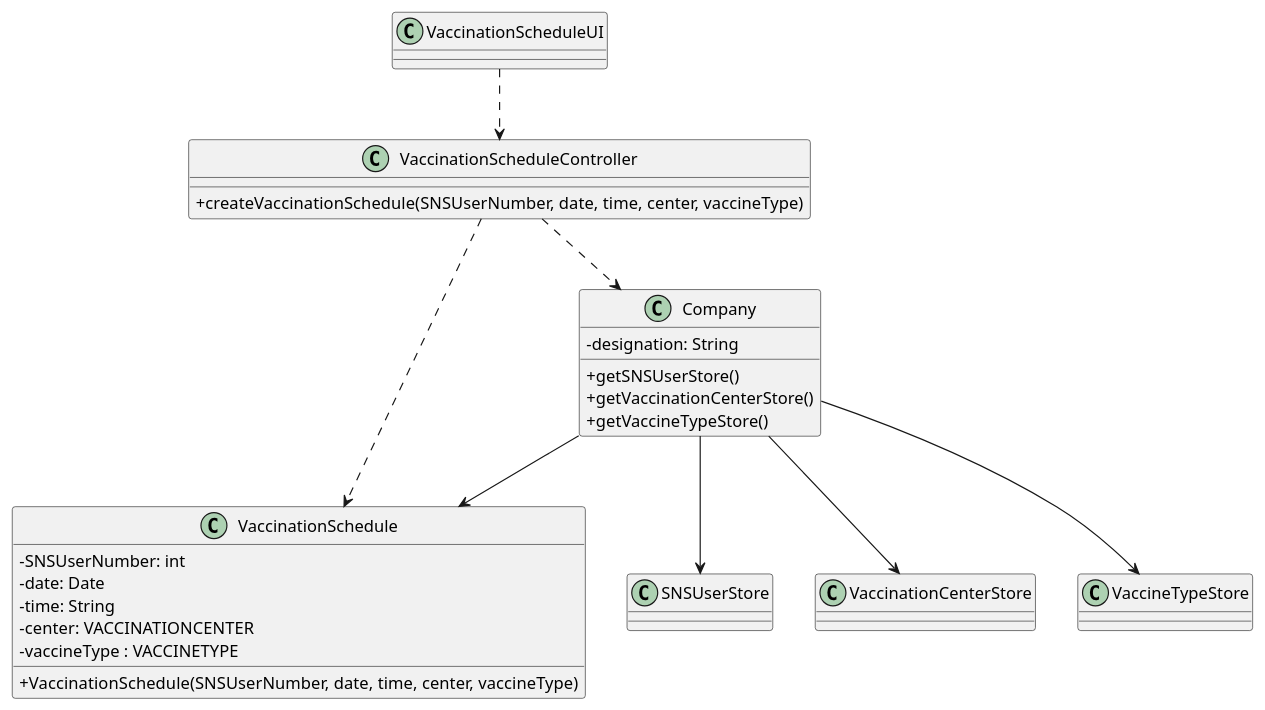
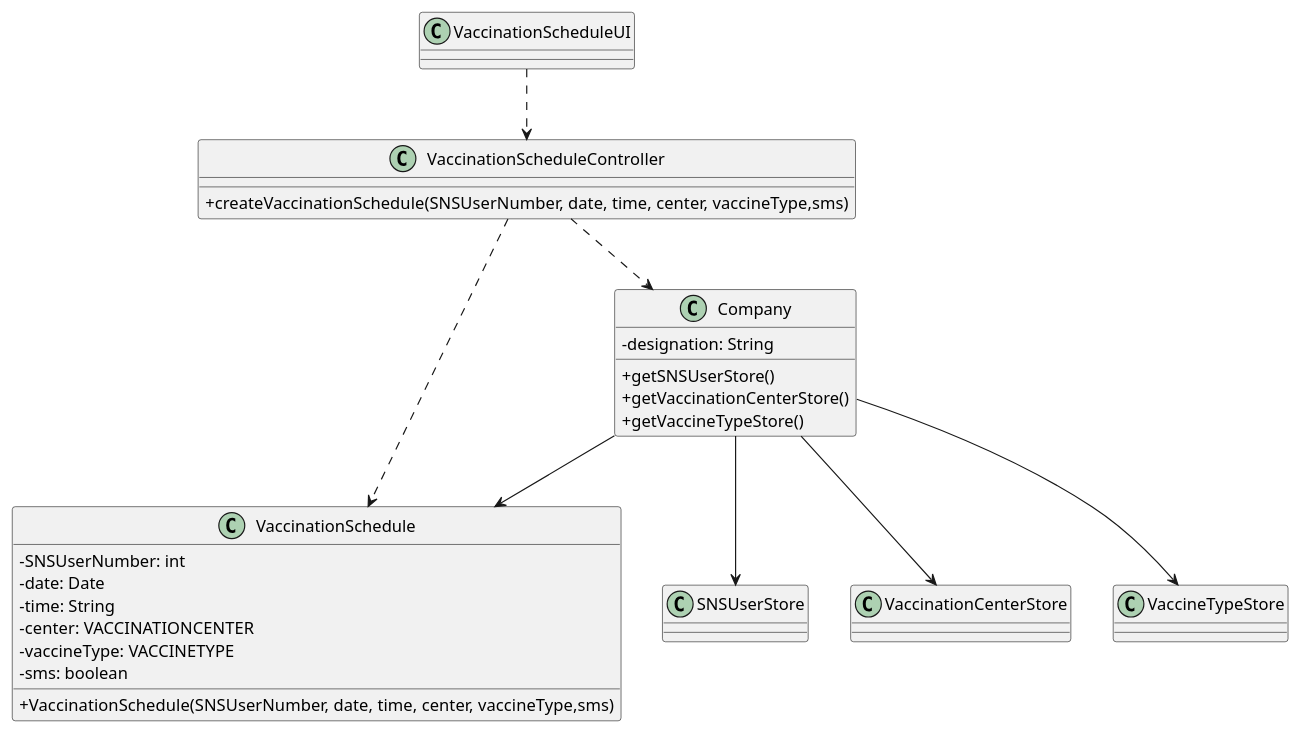
The diagram in docs/SprintC/US02/CD/US02_CD.puml (miseEnPlace-i/lapr2), drawn with PlantUML before and after one commit. The commit also changed 2 other files, not shown here.

```diff
--- a/docs/SprintC/US02/CD/US02_CD.puml
+++ b/docs/SprintC/US02/CD/US02_CD.puml
@@ -1,42 +1,43 @@
 @startuml US02_CD
 skinparam classAttributeIconSize 0
 
 class VaccinationSchedule {
   - SNSUserNumber: int
   - date: Date
   - time: String
   - center: VACCINATIONCENTER
-  - vaccineType : VACCINETYPE
-  +VaccinationSchedule(SNSUserNumber, date, time, center, vaccineType)
+  - vaccineType: VACCINETYPE
+  - sms: boolean
+  +VaccinationSchedule(SNSUserNumber, date, time, center, vaccineType,sms)
 }
 
 
 class Company {
   -designation: String
   +getSNSUserStore()
   +getVaccinationCenterStore()
   +getVaccineTypeStore()
 }
 
 class VaccinationScheduleController {
-  +createVaccinationSchedule(SNSUserNumber, date, time, center, vaccineType)
+  +createVaccinationSchedule(SNSUserNumber, date, time, center, vaccineType,sms)
 }
 
 class VaccinationScheduleUI {}
 
 class SNSUserStore {}
 
 class VaccinationCenterStore {}
 
 class VaccineTypeStore {}
 
 VaccinationScheduleUI ..> VaccinationScheduleController
 VaccinationScheduleController ..> VaccinationSchedule
 VaccinationScheduleController ..> Company
 Company --> VaccinationSchedule
 Company --> SNSUserStore
 Company --> VaccinationCenterStore
 Company --> VaccineTypeStore
 
 
 @enduml
```
